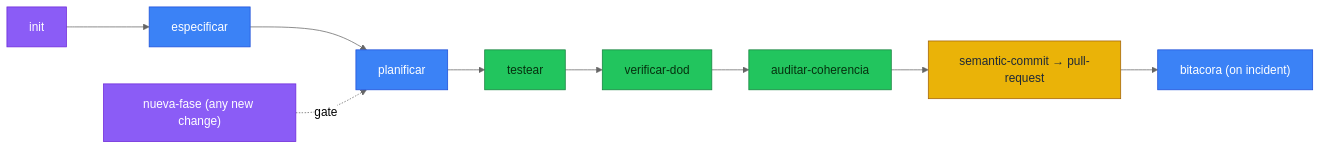
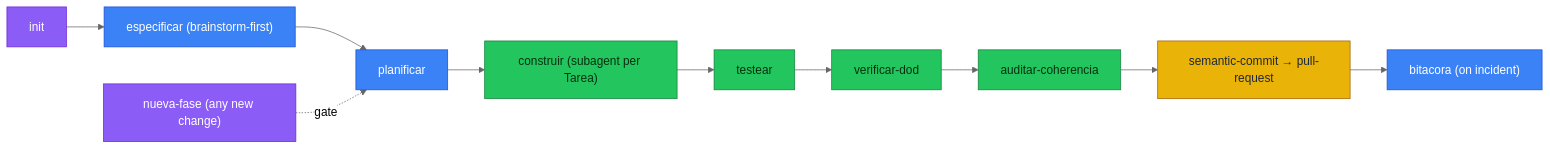
The diagram in docs/superpowers/specs/2026-07-01-project-suite-design.md (AlexPrietoRomani/project-suite), drawn with Mermaid (neutral theme) before and after one commit. The commit also changed other lines of this file, not shown here.

First line of the commit message:
docs: add construir skill and superpowers lineage to spec

````diff
--- a/docs/superpowers/specs/2026-07-01-project-suite-design.md
+++ b/docs/superpowers/specs/2026-07-01-project-suite-design.md
@@ -140,16 +158,17 @@
 ```mermaid
 flowchart LR
-    INIT["init"]:::cmd --> ESP["especificar"]:::doc
+    INIT["init"]:::cmd --> ESP["especificar (brainstorm-first)"]:::doc
     ESP --> PLAN["planificar"]:::doc
-    PLAN --> TEST["testear"]:::loop
+    PLAN --> CONSTR["construir (subagent per Tarea)"]:::loop
+    CONSTR --> TEST["testear"]:::loop
     TEST --> DOD["verificar-dod"]:::loop
     DOD --> COH["auditar-coherencia"]:::loop
     COH --> COMMIT["semantic-commit → pull-request"]:::git
     COMMIT --> BIT["bitacora (on incident)"]:::doc
     NUEVA["nueva-fase (any new change)"]:::cmd -.->|"gate"| PLAN
 
     classDef cmd fill:#8B5CF6,stroke:#6D28D9,color:#FFFFFF;
     classDef doc fill:#3B82F6,stroke:#1D4ED8,color:#FFFFFF;
     classDef loop fill:#22C55E,stroke:#15803D,color:#06310F;
     classDef git fill:#EAB308,stroke:#A16207,color:#1F2937;
 ```
````
